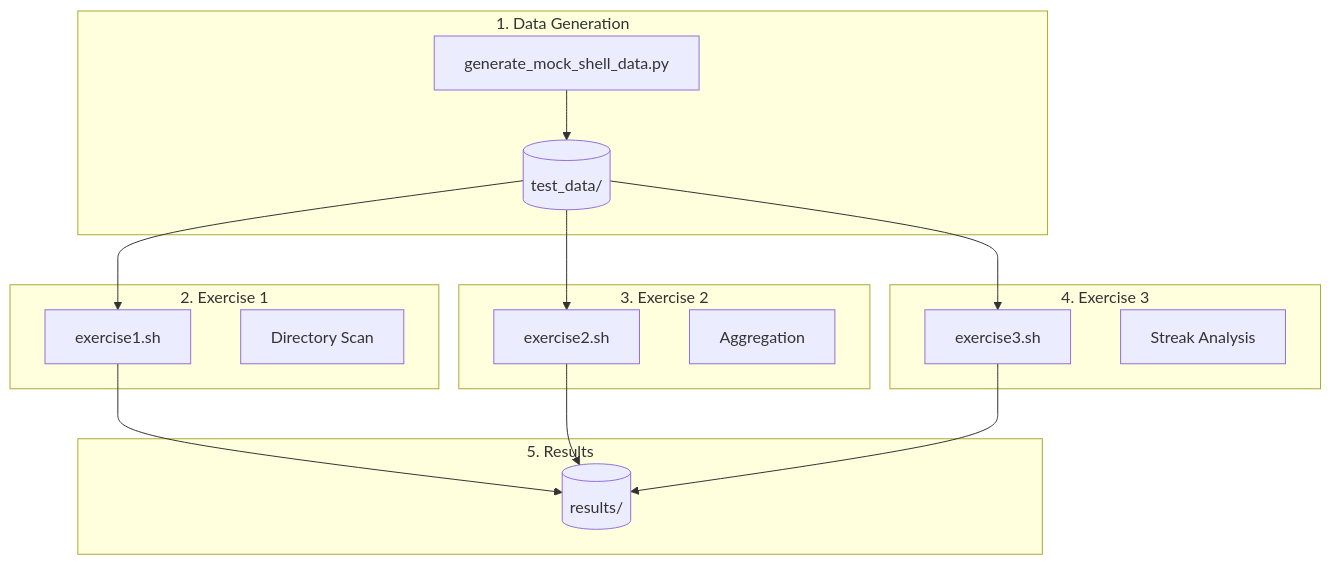
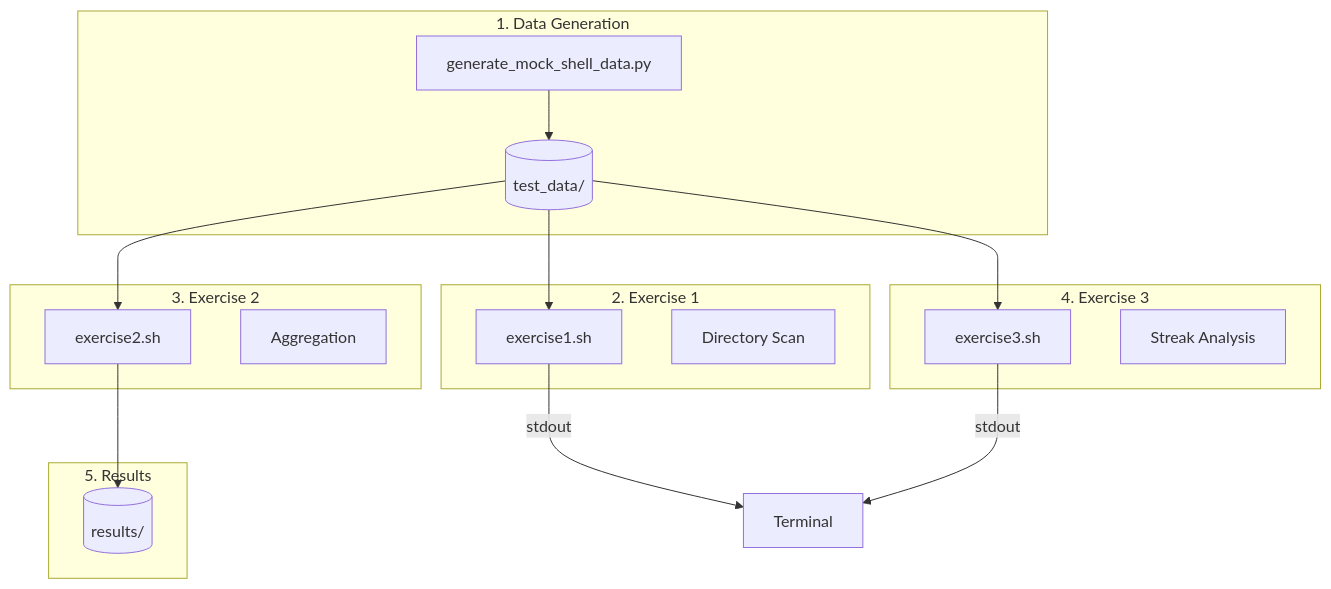
One commit to ATuan89/exercise_python_shellscript changed the diagram in shell_script/README.md. Above: the diagram before and after it, drawn with Mermaid. The commit also changed other lines of this file and 3 other files, not shown here.

````diff
--- a/shell_script/README.md
+++ b/shell_script/README.md
@@ -7,35 +7,35 @@
 ```mermaid
 flowchart TD
     subgraph Data["1. Data Generation"]
         GEN[generate_mock_shell_data.py] 
         TEST_DATA[(test_data/)]
     end
     
     subgraph Ex1["2. Exercise 1"]
         S1[exercise1.sh]
         DIR[Directory Scan]
     end
     
     subgraph Ex2["3. Exercise 2"]
         S2[exercise2.sh]
         AGG[Aggregation]
     end
     
     subgraph Ex3["4. Exercise 3"]
         S3[exercise3.sh]
         STREAK[Streak Analysis]
     end
 
     subgraph Out["5. Results"]
         RES[(results/)]
     end
 
     GEN --> TEST_DATA
     TEST_DATA --> S1
     TEST_DATA --> S2
     TEST_DATA --> S3
     
-    S1 --> RES
+    S1 --> |stdout| Terminal
     S2 --> RES
-    S3 --> RES
+    S3 --> |stdout| Terminal
 ```
````
